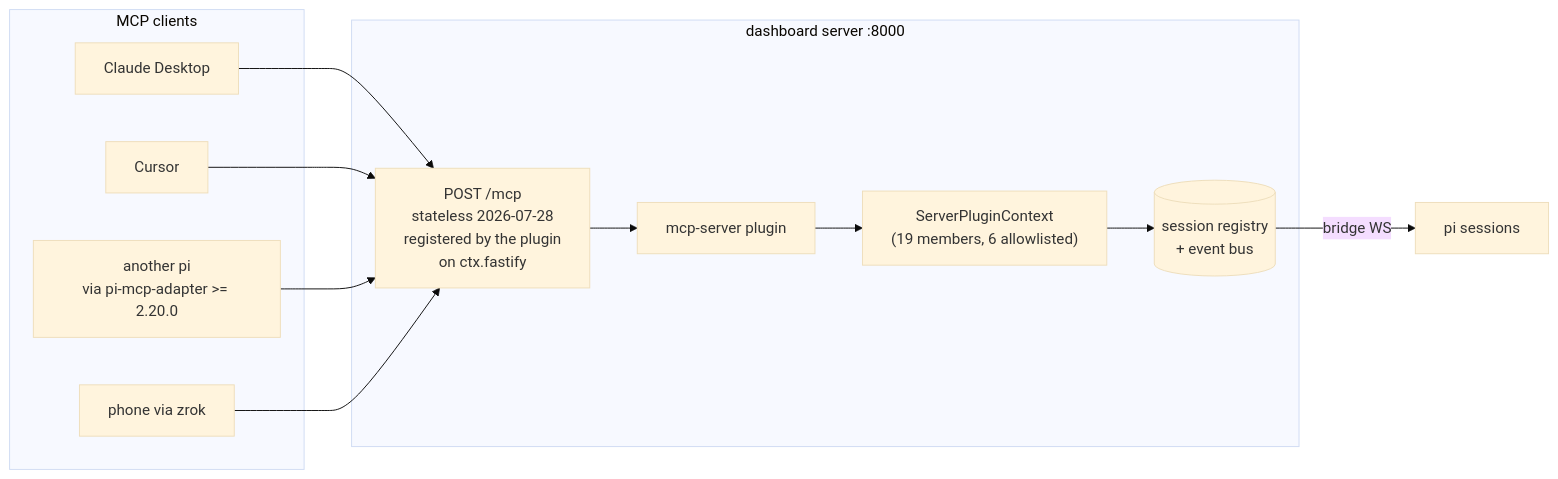
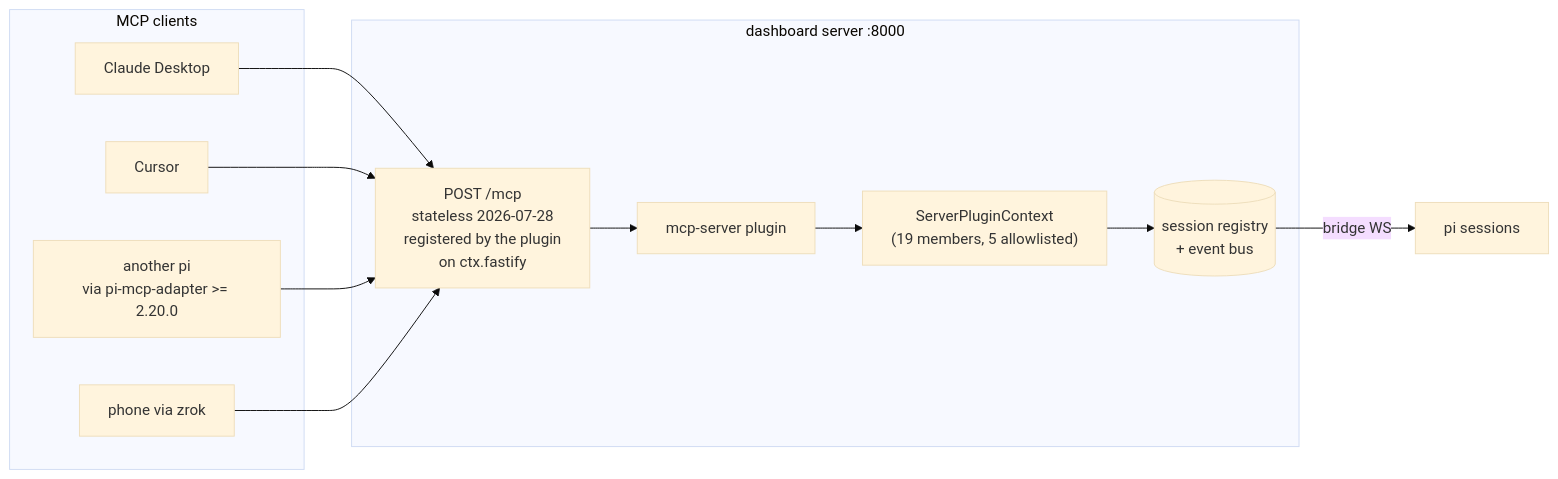
Before and after one commit to BlackBeltTechnology/pi-agent-dashboard: the diagram in openspec/changes/add-dashboard-mcp-server/design.md, drawn with Mermaid (base theme). The commit also changed other lines of this file and 4 other files, not shown here.

First line of the commit message:
feat(mcp-server-plugin): self-target guard and curated tool surface

````diff
--- a/openspec/changes/add-dashboard-mcp-server/design.md
+++ b/openspec/changes/add-dashboard-mcp-server/design.md
@@ -45,27 +45,27 @@
 ```mermaid
 flowchart LR
   subgraph clients[MCP clients]
     CD[Claude Desktop]
     CU[Cursor]
     PI["another pi<br/>via pi-mcp-adapter >= 2.20.0"]
     PH[phone via zrok]
   end
 
   subgraph dash[dashboard server :8000]
     RT["POST /mcp<br/>stateless 2026-07-28<br/>registered by the plugin<br/>on ctx.fastify"]
     PL["mcp-server plugin"]
-    SPC["ServerPluginContext<br/>(19 members, 6 allowlisted)"]
+    SPC["ServerPluginContext<br/>(19 members, 5 allowlisted)"]
     BUS[("session registry<br/>+ event bus")]
   end
 
   SESS[pi sessions]
 
   CD --> RT
   CU --> RT
   PI --> RT
   PH --> RT
   RT --> PL
   PL --> SPC
   SPC --> BUS
   BUS -->|bridge WS| SESS
 ```
````
